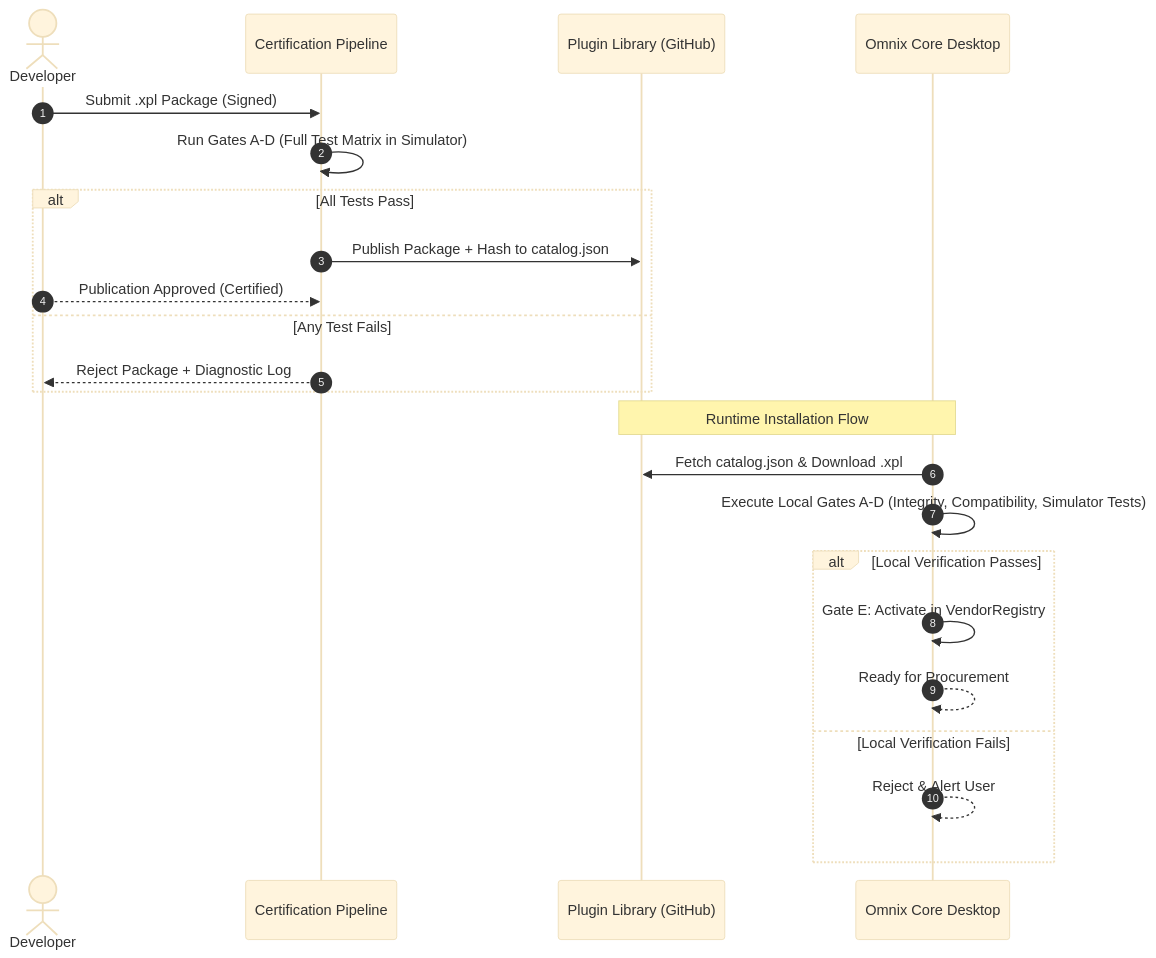
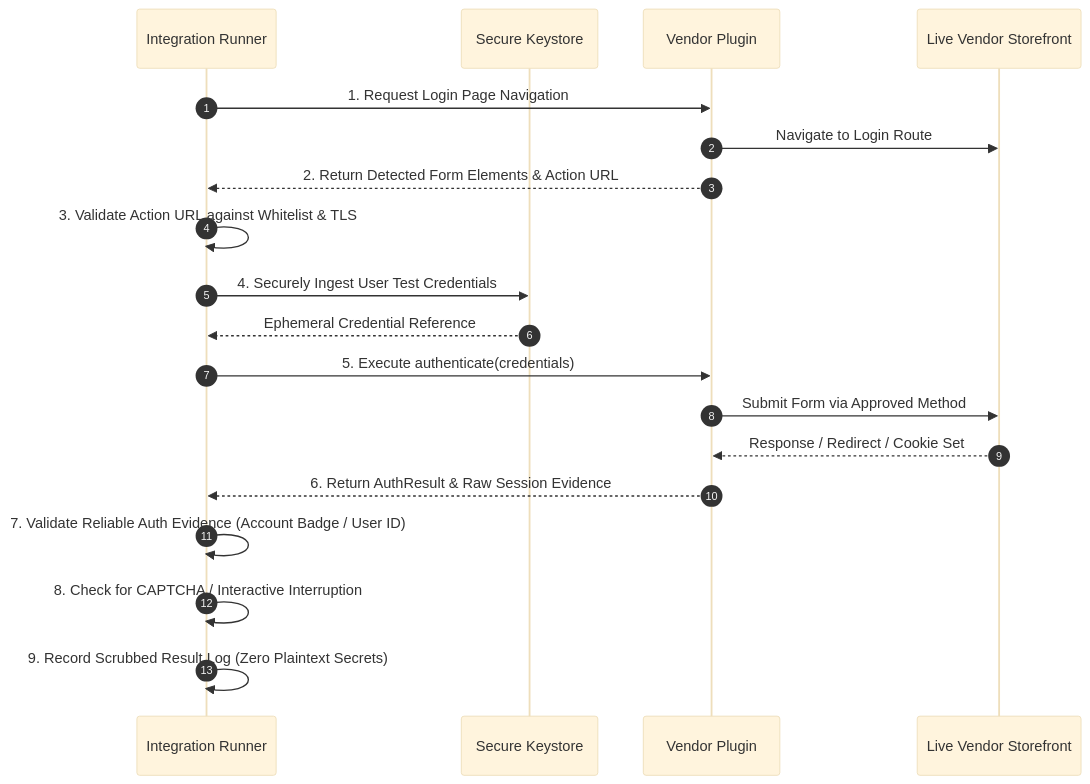
One commit to AminDenizer/Omnix changed the third of 5 diagrams in OMNIX_VENDOR_PLUGIN_ARCHITECTURE_SPECIFICATION.md. Above: the diagram before and after it, drawn with Mermaid (base theme). The commit also changed other lines of this file and 77 other files, not shown here.

Commit message:
feat(mode-a): implement SQLite inventory architecture, custom titlebar navigation, and recover startup flow

````diff
--- a/OMNIX_VENDOR_PLUGIN_ARCHITECTURE_SPECIFICATION.md
+++ b/OMNIX_VENDOR_PLUGIN_ARCHITECTURE_SPECIFICATION.md
@@ -919,27 +1261,22 @@
 ```mermaid
 sequenceDiagram
     autonumber
-    actor Developer
-    participant CI as Certification Pipeline
-    participant Repo as Plugin Library (GitHub)
-    participant Client as Omnix Core Desktop
-    
-    Developer->>CI: Submit .xpl Package (Signed)
-    CI->>CI: Run Gates A-D (Full Test Matrix in Simulator)
-    alt All Tests Pass
-        CI->>Repo: Publish Package + Hash to catalog.json
-        Developer-->>CI: Publication Approved (Certified)
-    else Any Test Fails
-        CI-->>Developer: Reject Package + Diagnostic Log
-    end
-    
-    Note over Client,Repo: Runtime Installation Flow
-    Client->>Repo: Fetch catalog.json & Download .xpl
-    Client->>Client: Execute Local Gates A-D (Integrity, Compatibility, Simulator Tests)
-    alt Local Verification Passes
-        Client->>Client: Gate E: Activate in VendorRegistry
-        Client-->>Client: Ready for Procurement
-    else Local Verification Fails
-        Client-->>Client: Reject & Alert User
-    end
+    participant R as Integration Runner
+    participant KS as Secure Keystore
+    participant P as Vendor Plugin
+    participant V as Live Vendor Storefront
+
+    R->>P: 1. Request Login Page Navigation
+    P->>V: Navigate to Login Route
+    P-->>R: 2. Return Detected Form Elements & Action URL
+    R->>R: 3. Validate Action URL against Whitelist & TLS
+    R->>KS: 4. Securely Ingest User Test Credentials
+    KS-->>R: Ephemeral Credential Reference
+    R->>P: 5. Execute authenticate(credentials)
+    P->>V: Submit Form via Approved Method
+    V-->>P: Response / Redirect / Cookie Set
+    P-->>R: 6. Return AuthResult & Raw Session Evidence
+    R->>R: 7. Validate Reliable Auth Evidence (Account Badge / User ID)
+    R->>R: 8. Check for CAPTCHA / Interactive Interruption
+    R->>R: 9. Record Scrubbed Result Log (Zero Plaintext Secrets)
 ```
````
